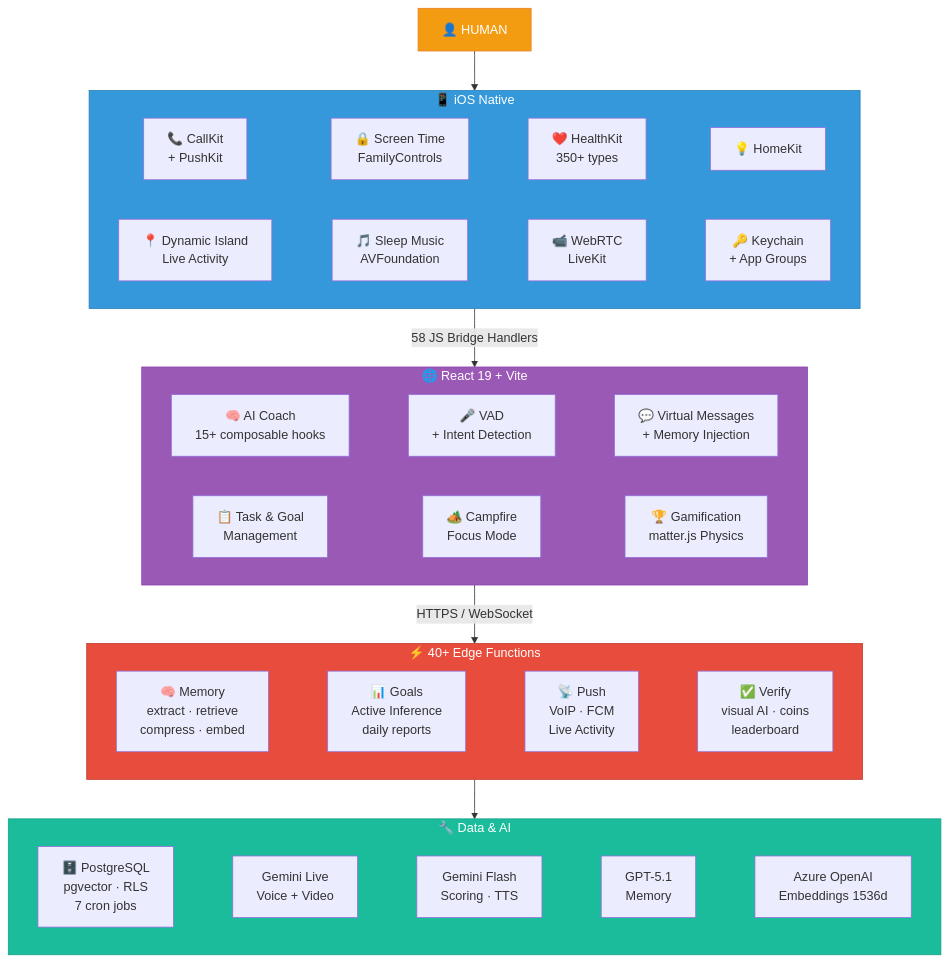
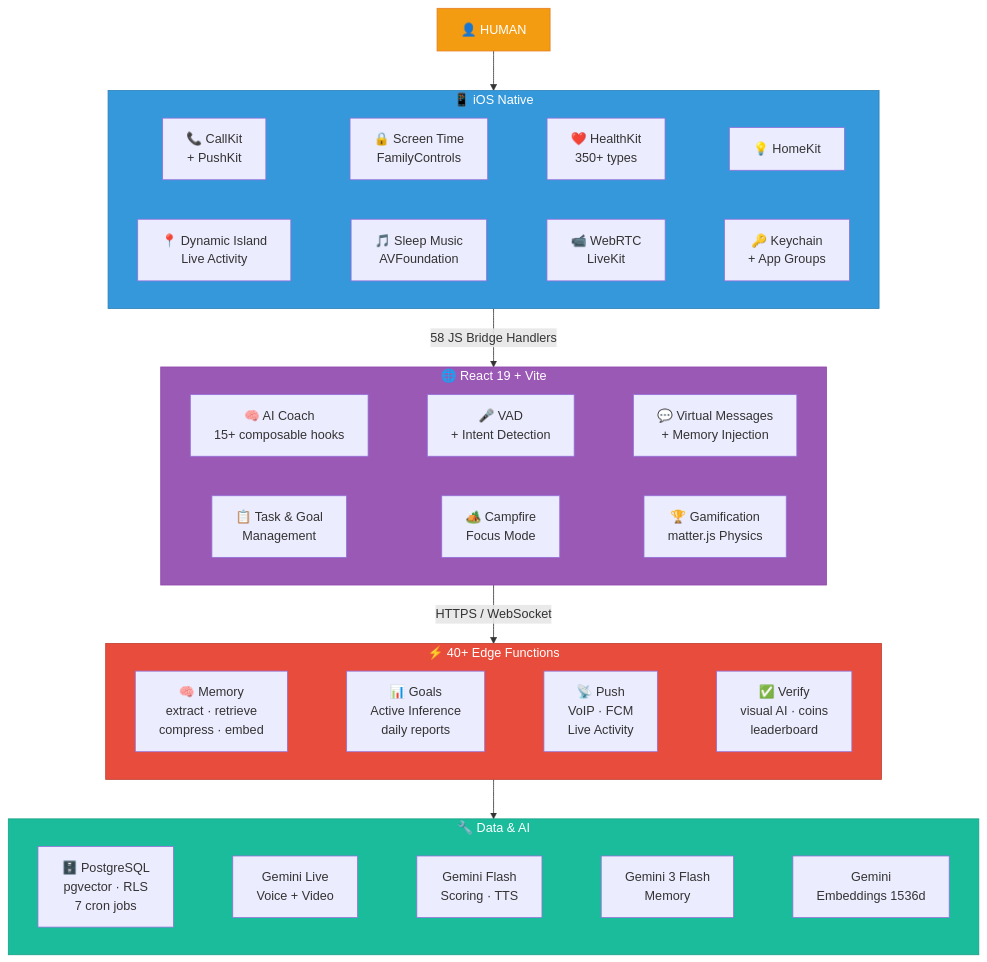
One commit to sylmmhy/Lumi changed the second of 3 diagrams in README.md. Above: the diagram before and after it, drawn with Mermaid. The commit also changed other lines of this file, not shown here.

Commit message:
Update README for Gemini text and embedding model names

````diff
--- a/README.md
+++ b/README.md
@@ -52,38 +52,38 @@
 ```mermaid
 graph TD
     HUMAN["👤 HUMAN"] --> IOS
 
     subgraph IOS["📱 iOS Native"]
         direction LR
         CK["📞 CallKit<br/>+ PushKit"] ~~~ ST["🔒 Screen Time<br/>FamilyControls"] ~~~ HK["❤️ HealthKit<br/>350+ types"] ~~~ HMK["💡 HomeKit"]
         LA["📍 Dynamic Island<br/>Live Activity"] ~~~ AV["🎵 Sleep Music<br/>AVFoundation"] ~~~ WRT["📹 WebRTC<br/>LiveKit"] ~~~ KC["🔑 Keychain<br/>+ App Groups"]
     end
 
     IOS -->|"58 JS Bridge Handlers"| WEB
 
     subgraph WEB["🌐 React 19 + Vite"]
         direction LR
         COACH["🧠 AI Coach<br/>15+ composable hooks"] ~~~ VAD["🎤 VAD<br/>+ Intent Detection"] ~~~ VMSG["💬 Virtual Messages<br/>+ Memory Injection"]
         TASK_UI["📋 Task & Goal<br/>Management"] ~~~ CAMP["🏕️ Campfire<br/>Focus Mode"] ~~~ GAME["🏆 Gamification<br/>matter.js Physics"]
     end
 
     WEB -->|"HTTPS / WebSocket"| BACKEND
 
     subgraph BACKEND["⚡ 40+ Edge Functions"]
         direction LR
         MEM_BE["🧠 Memory<br/>extract · retrieve<br/>compress · embed"] ~~~ GOAL_BE["📊 Goals<br/>Active Inference<br/>daily reports"] ~~~ PUSH_BE["📡 Push<br/>VoIP · FCM<br/>Live Activity"] ~~~ VERIFY["✅ Verify<br/>visual AI · coins<br/>leaderboard"]
     end
 
     BACKEND --> INFRA
 
     subgraph INFRA["🔧 Data & AI"]
         direction LR
-        DB["🗄️ PostgreSQL<br/>pgvector · RLS<br/>7 cron jobs"] ~~~ GEM_LIVE["Gemini Live<br/>Voice + Video"] ~~~ GEM_FLASH["Gemini Flash<br/>Scoring · TTS"] ~~~ GPT["GPT-5.1<br/>Memory"] ~~~ AZR["Azure OpenAI<br/>Embeddings 1536d"]
+        DB["🗄️ PostgreSQL<br/>pgvector · RLS<br/>7 cron jobs"] ~~~ GEM_LIVE["Gemini Live<br/>Voice + Video"] ~~~ GEM_FLASH["Gemini Flash<br/>Scoring · TTS"] ~~~ GEM3["Gemini 3 Flash<br/>Memory"] ~~~ GEM_EMB["Gemini<br/>Embeddings 1536d"]
     end
 
     style HUMAN fill:#F39C12,stroke:#E67E22,color:#fff
     style IOS fill:#3498DB,stroke:#2980B9,color:#fff
     style WEB fill:#9B59B6,stroke:#8E44AD,color:#fff
     style BACKEND fill:#E74C3C,stroke:#C0392B,color:#fff
     style INFRA fill:#1ABC9C,stroke:#16A085,color:#fff
 ```
````
